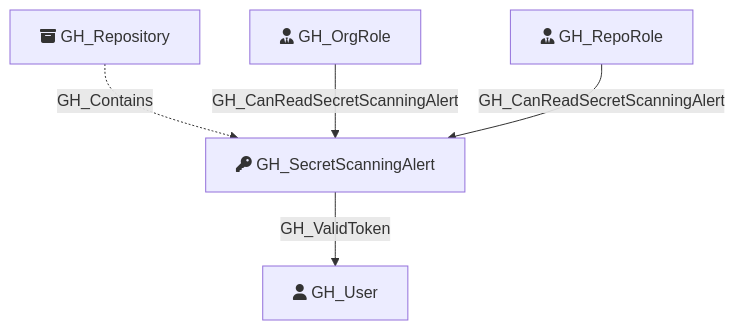
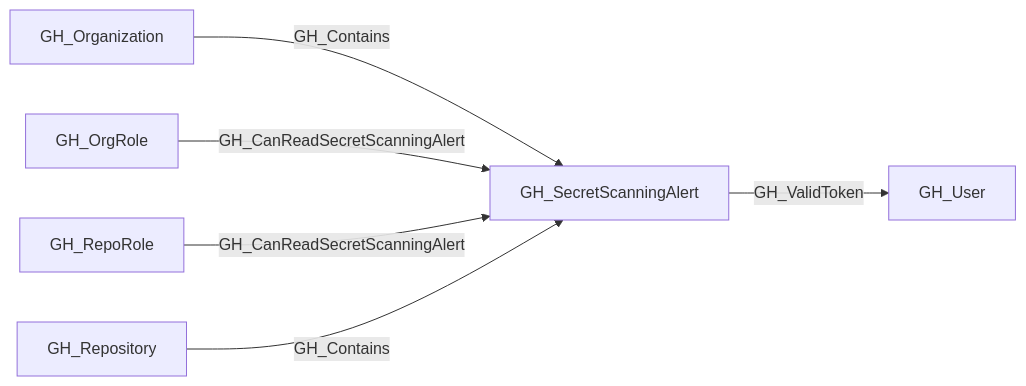
One commit to SpecterOps/bloodhound-docs changed the second of 2 diagrams in docs/opengraph/extensions/github/nodes/gh_secretscanningalert.mdx. Above: the diagram before and after it, drawn with Mermaid. The commit also changed other lines of this file and 292 other files, not shown here.

````diff
--- a/docs/opengraph/extensions/github/nodes/gh_secretscanningalert.mdx
+++ b/docs/opengraph/extensions/github/nodes/gh_secretscanningalert.mdx
@@ -50,14 +54,15 @@
 ```mermaid
-flowchart TD
-    GH_Repository[fa:fa-box-archive GH_Repository]
-    GH_SecretScanningAlert[fa:fa-key GH_SecretScanningAlert]
-    GH_User[fa:fa-user GH_User]
-    GH_OrgRole[fa:fa-user-tie GH_OrgRole]
-    GH_RepoRole[fa:fa-user-tie GH_RepoRole]
+flowchart LR
 
-
-    GH_Repository -.->|GH_Contains| GH_SecretScanningAlert
-    GH_SecretScanningAlert -->|GH_ValidToken| GH_User
-    GH_OrgRole -->|GH_CanReadSecretScanningAlert| GH_SecretScanningAlert
-    GH_RepoRole -->|GH_CanReadSecretScanningAlert| GH_SecretScanningAlert
+    GH_Organization["GH_Organization"]
+    GH_OrgRole["GH_OrgRole"]
+    GH_RepoRole["GH_RepoRole"]
+    GH_Repository["GH_Repository"]
+    GH_SecretScanningAlert["GH_SecretScanningAlert"]
+    GH_User["GH_User"]
+    GH_Organization -- GH_Contains --> GH_SecretScanningAlert
+    GH_OrgRole -- GH_CanReadSecretScanningAlert --> GH_SecretScanningAlert
+    GH_RepoRole -- GH_CanReadSecretScanningAlert --> GH_SecretScanningAlert
+    GH_Repository -- GH_Contains --> GH_SecretScanningAlert
+    GH_SecretScanningAlert -- GH_ValidToken --> GH_User
 ```
````
